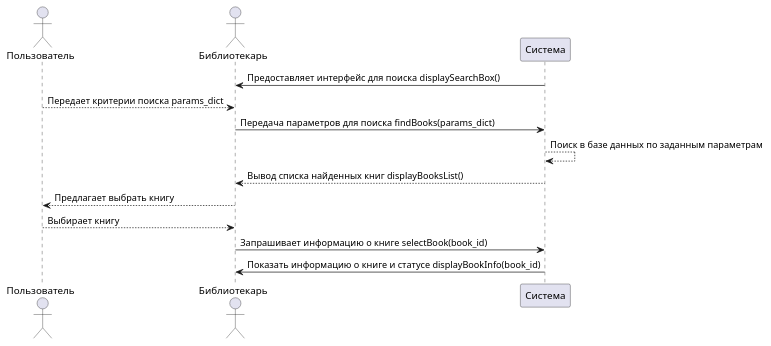
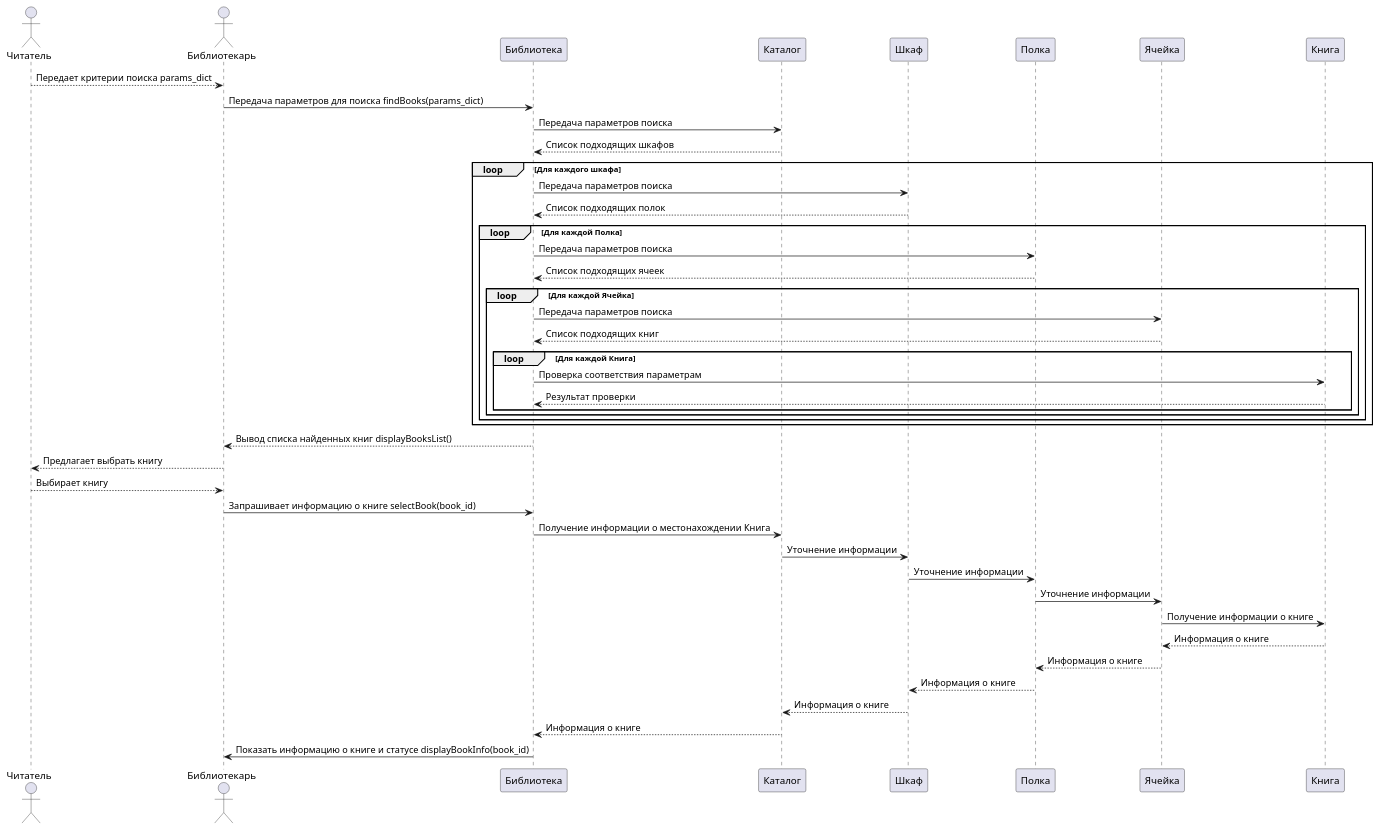
One commit to penamarth/bsbo-03-22_team1_var2 changed the diagram in Theory/Прецеденты/Поиск книги/Поиск uml.md. Above: the diagram before and after it, drawn with PlantUML.

Commit message:
Update Поиск uml.md

```diff
--- a/Theory/Прецеденты/Поиск книги/Поиск uml.md
+++ b/Theory/Прецеденты/Поиск книги/Поиск uml.md
@@ -1,17 +1,53 @@
 @startuml
 
-actor Пользователь
+actor Читатель
 actor Библиотекарь
-participant Система
+participant Библиотека
+participant Каталог
+participant Шкаф
+participant Полка
+participant Ячейка
+participant Книга
 
-Система -> Библиотекарь : Предоставляет интерфейс для поиска displaySearchBox() 
-Пользователь --> Библиотекарь : Передает критерии поиска params_dict
-Библиотекарь -> Система : Передача параметров для поиска findBooks(params_dict)
-Система --> Система : Поиск в базе данных по заданным параметрам
-Система --> Библиотекарь : Вывод списка найденных книг displayBooksList()
-Библиотекарь --> Пользователь : Предлагает выбрать книгу
-Пользователь --> Библиотекарь : Выбирает книгу
-Библиотекарь -> Система : Запрашивает информацию о книге selectBook(book_id)
-Система -> Библиотекарь : Показать информацию о книге и статусе displayBookInfo(book_id)
+Читатель --> Библиотекарь : Передает критерии поиска params_dict
+Библиотекарь -> Библиотека : Передача параметров для поиска findBooks(params_dict)
+Библиотека -> Каталог : Передача параметров поиска
+Каталог --> Библиотека : Список подходящих шкафов
+
+loop Для каждого шкафа
+  Библиотека -> Шкаф : Передача параметров поиска
+  Шкаф --> Библиотека : Список подходящих полок
+
+  loop Для каждой Полка
+    Библиотека -> Полка : Передача параметров поиска
+    Полка --> Библиотека : Список подходящих ячеек
+
+    loop Для каждой Ячейка
+      Библиотека -> Ячейка : Передача параметров поиска
+      Ячейка --> Библиотека : Список подходящих книг
+
+      loop Для каждой Книга
+        Библиотека -> Книга : Проверка соответствия параметрам
+        Книга --> Библиотека : Результат проверки
+      end
+    end
+  end
+end
+
+Библиотека --> Библиотекарь : Вывод списка найденных книг displayBooksList()
+Библиотекарь --> Читатель : Предлагает выбрать книгу
+Читатель --> Библиотекарь : Выбирает книгу
+Библиотекарь -> Библиотека : Запрашивает информацию о книге selectBook(book_id)
+Библиотека -> Каталог : Получение информации о местонахождении Книга
+Каталог -> Шкаф : Уточнение информации
+Шкаф -> Полка : Уточнение информации
+Полка -> Ячейка : Уточнение информации
+Ячейка -> Книга : Получение информации о книге
+Книга --> Ячейка : Информация о книге
+Ячейка --> Полка : Информация о книге
+Полка --> Шкаф : Информация о книге
+Шкаф --> Каталог : Информация о книге
+Каталог --> Библиотека : Информация о книге
+Библиотека -> Библиотекарь : Показать информацию о книге и статусе displayBookInfo(book_id)
 
 @enduml
```
